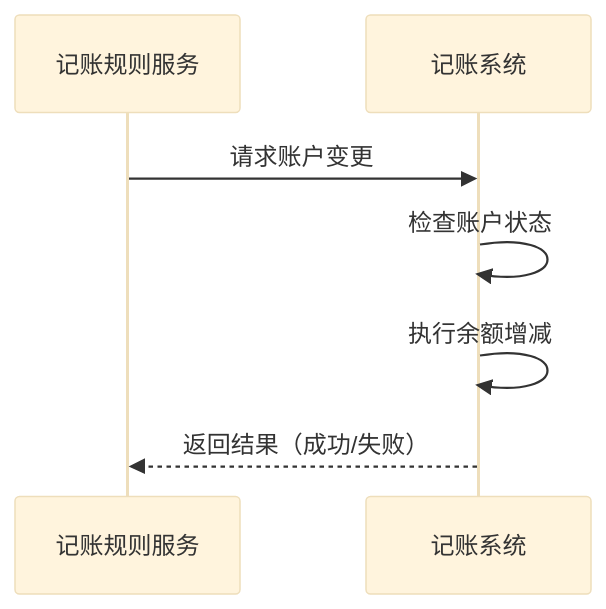
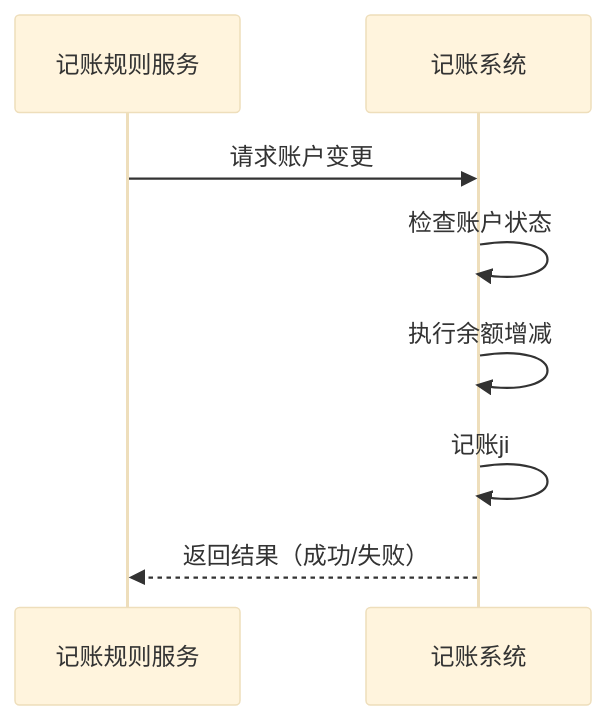
One commit to 87828943/iodraw-files changed the diagram in all/记账操作.md. Above: the diagram before and after it, drawn with Mermaid (base theme).

Commit message:
2025-07-07 16:12:10 update

````diff
--- a/all/记账操作.md
+++ b/all/记账操作.md
@@ -1,10 +1,10 @@
 ```mermaid
 sequenceDiagram
     participant A as 记账规则服务
     participant B as 记账系统
     A->>B: 请求账户变更
     B->>B: 检查账户状态
     B->>B: 执行余额增减
-    
+    B->>B: 记账ji
     B-->>A: 返回结果（成功/失败）
 ```
````
